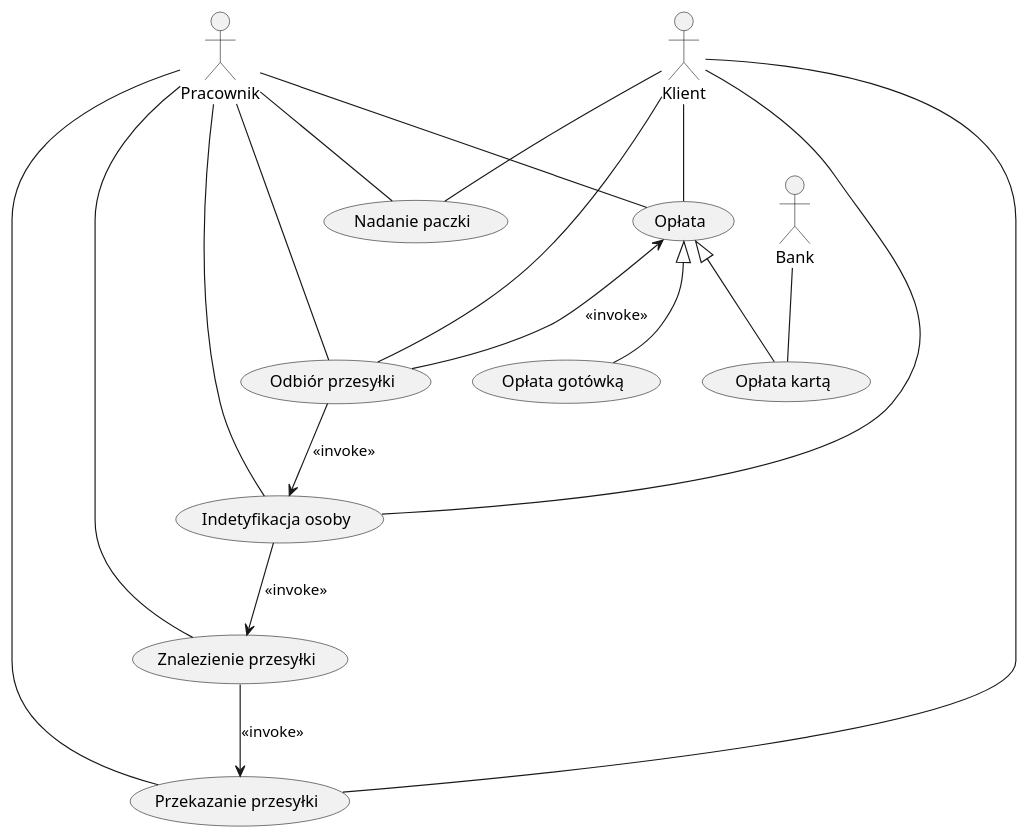
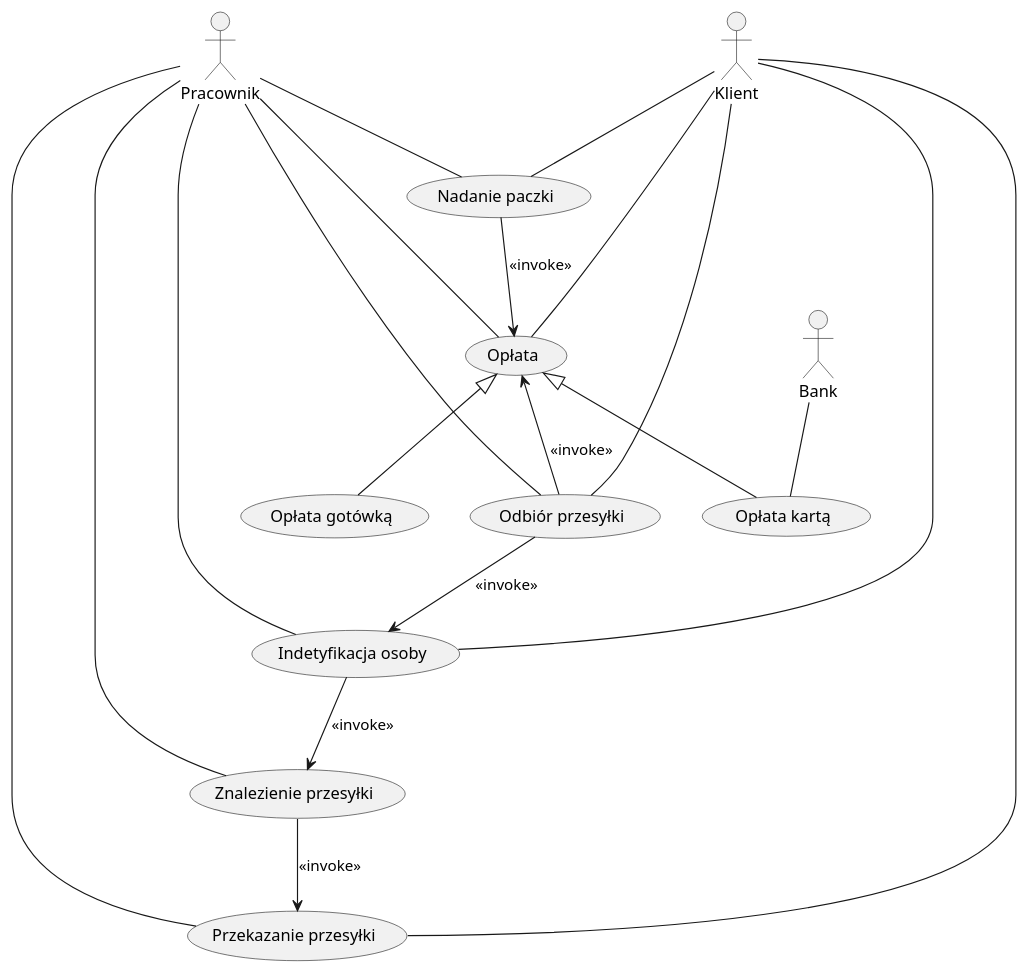
One commit to kpodlaski/ProjektowanieObiektowe_2024-24 changed the diagram in zaoczne/g2/poczta_diagr_przypadkow_uzycia.plantuml. Above: the diagram before and after it, drawn with PlantUML. The commit also changed 1 other file, not shown here.

```diff
--- a/zaoczne/g2/poczta_diagr_przypadkow_uzycia.plantuml
+++ b/zaoczne/g2/poczta_diagr_przypadkow_uzycia.plantuml
@@ -1,40 +1,40 @@
 @startuml
 
 actor Pracownik
 actor Klient
 actor Bank 
 
 usecase "Odbiór przesyłki" as Odbior
 usecase "Indetyfikacja osoby" as Identyfikacja
 usecase "Znalezienie przesyłki" as Znalezienie
 usecase "Przekazanie przesyłki" as Przekazanie
 usecase "Nadanie paczki" as NadaniePaczki
 usecase "Opłata" as Oplata
 usecase "Opłata kartą" as Karta
 usecase "Opłata gotówką" as Gotowka
 
 Pracownik -- Odbior
 Pracownik -- Identyfikacja
 Pracownik -- Znalezienie
 Pracownik -- Przekazanie
 Pracownik -- NadaniePaczki
 Pracownik -- Oplata
 Bank -- Karta
 
 Klient -- Odbior
 Klient -- Identyfikacja
 Klient -- Przekazanie
 Klient -- NadaniePaczki
 Klient -- Oplata
 
 Odbior --> Identyfikacja : <<invoke>>
 Identyfikacja --> Znalezienie : <<invoke>>
 Znalezienie --> Przekazanie : <<invoke>>
 Oplata <-- Odbior : <<invoke>>
-
+NadaniePaczki --> Oplata : <<invoke>>
 
 Gotowka -up-|> Oplata
 Karta -up-|> Oplata
 'Karta --> Oplata : <<extends>> 
 
 @enduml
```
